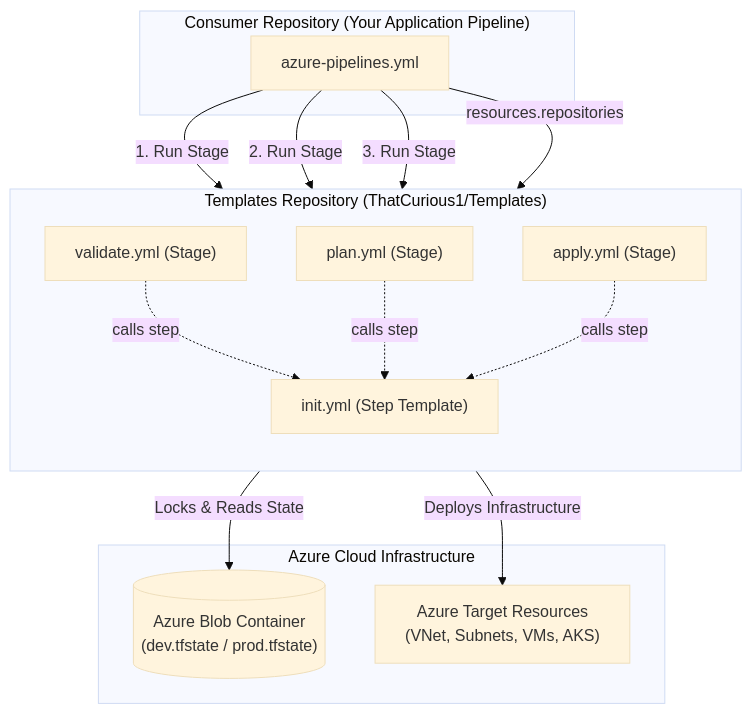
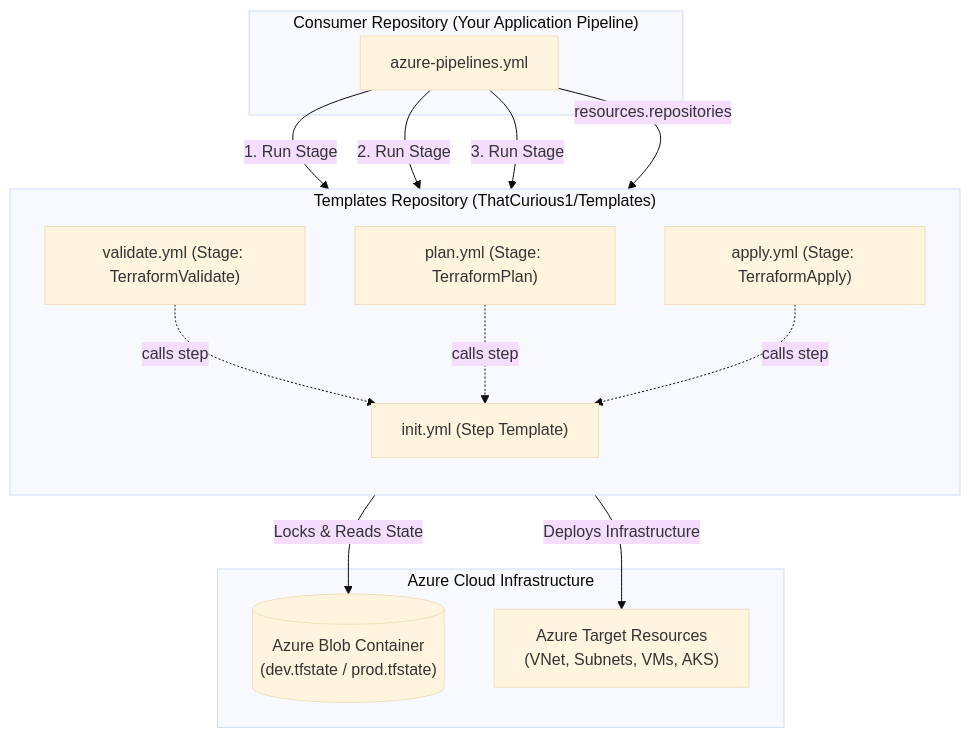
Before and after one commit to ThatCurious1/Templates: the diagram in README.md, drawn with Mermaid (base theme). The commit also changed other lines of this file and 1 other file, not shown here.

````diff
--- a/README.md
+++ b/README.md
@@ -52,31 +52,31 @@
 ```mermaid
 flowchart TD
     subgraph Root["Consumer Repository (Your Application Pipeline)"]
         ConsumerPipeline["azure-pipelines.yml"]
     end
 
     subgraph TemplateRepo["Templates Repository (ThatCurious1/Templates)"]
         direction TB
-        ValStage["validate.yml (Stage)"]
-        PlanStage["plan.yml (Stage)"]
-        ApplyStage["apply.yml (Stage)"]
+        ValStage["validate.yml (Stage: TerraformValidate<env>)"]
+        PlanStage["plan.yml (Stage: TerraformPlan<env>)"]
+        ApplyStage["apply.yml (Stage: TerraformApply<env>)"]
         InitStep["init.yml (Step Template)"]
     end
 
     subgraph AzureCloud["Azure Cloud Infrastructure"]
         StateStore[("Azure Blob Container\n(dev.tfstate / prod.tfstate)")]
         TargetInfra["Azure Target Resources\n(VNet, Subnets, VMs, AKS)"]
     end
 
     ConsumerPipeline -->|"resources.repositories"| TemplateRepo
     ConsumerPipeline -->|"1. Run Stage"| ValStage
     ConsumerPipeline -->|"2. Run Stage"| PlanStage
     ConsumerPipeline -->|"3. Run Stage"| ApplyStage
 
     ValStage -.->|"calls step"| InitStep
     PlanStage -.->|"calls step"| InitStep
     ApplyStage -.->|"calls step"| InitStep
 
     InitStep -->|"Locks & Reads State"| StateStore
     ApplyStage -->|"Deploys Infrastructure"| TargetInfra
 ```
````
